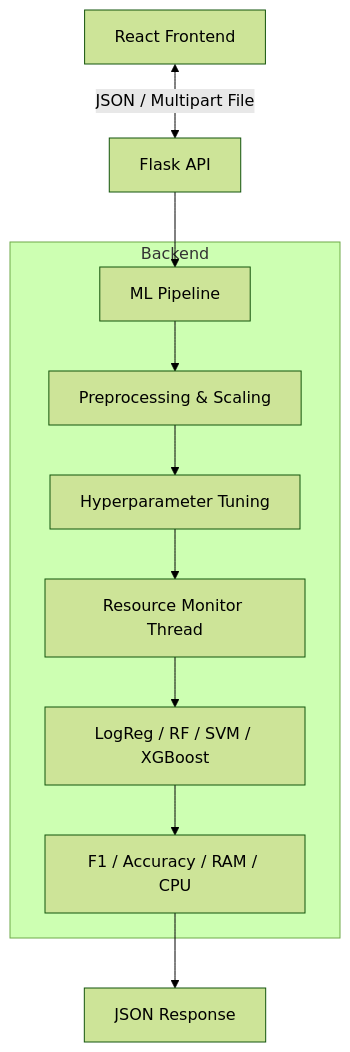
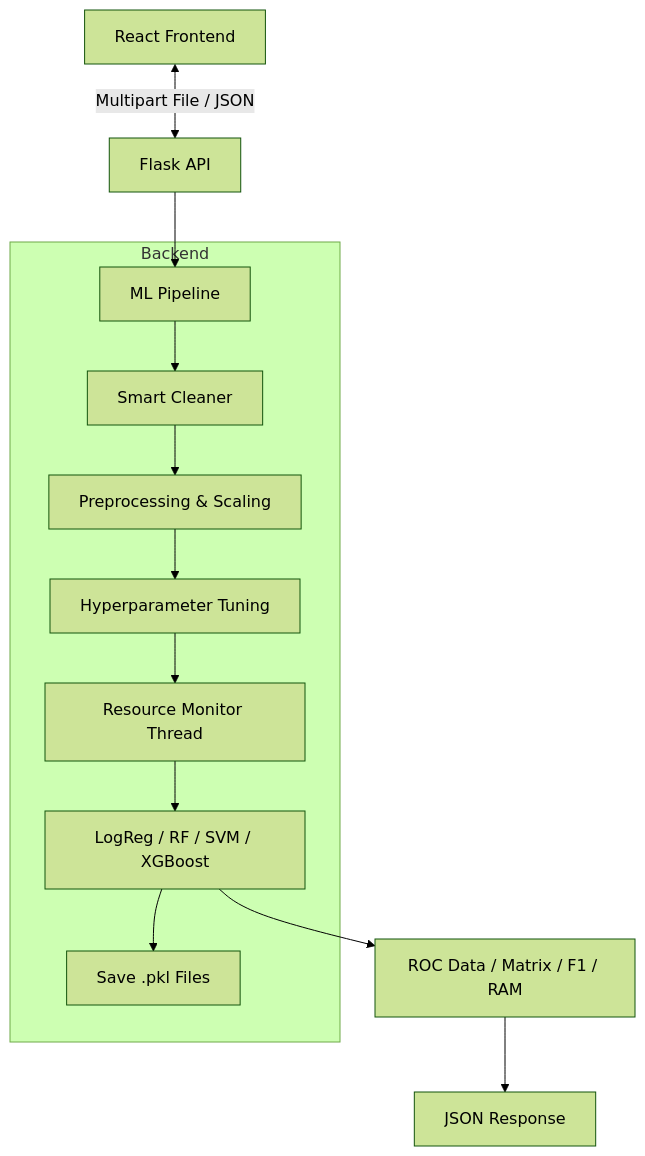
One commit to bhagyeshrathi07/AutoML changed the diagram in README.md. Above: the diagram before and after it, drawn with Mermaid (forest theme). The commit also changed other lines of this file, not shown here.

````diff
--- a/README.md
+++ b/README.md
@@ -27,15 +28,17 @@
 ```mermaid
 graph TD
-    Client[React Frontend] <-->|JSON / Multipart File| API[Flask API]
+    Client[React Frontend] <-->|Multipart File / JSON| API[Flask API]
     API --> Pipeline[ML Pipeline]
     
     subgraph Backend
-        Pipeline --> Pre[Preprocessing & Scaling]
+        Pipeline --> Cleaner[Smart Cleaner]
+        Cleaner --> Pre[Preprocessing & Scaling]
         Pre --> Tuning[Hyperparameter Tuning]
         Tuning --> Monitor[Resource Monitor Thread]
         Monitor --> Models[LogReg / RF / SVM / XGBoost]
-        Models --> Metrics[F1 / Accuracy / RAM / CPU]
+        Models --> Disk[Save .pkl Files]
     end
     
+    Models --> Metrics[ROC Data / Matrix / F1 / RAM]
     Metrics --> Leaderboard[JSON Response]
 ```
````
